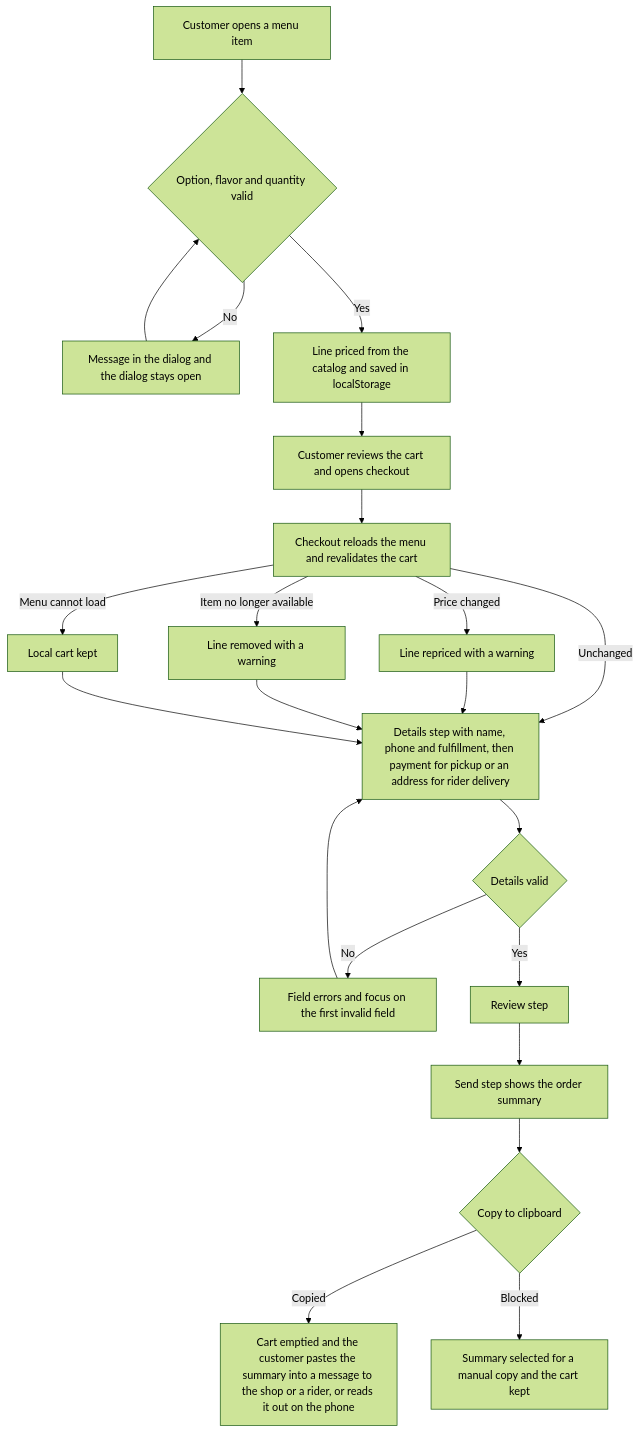
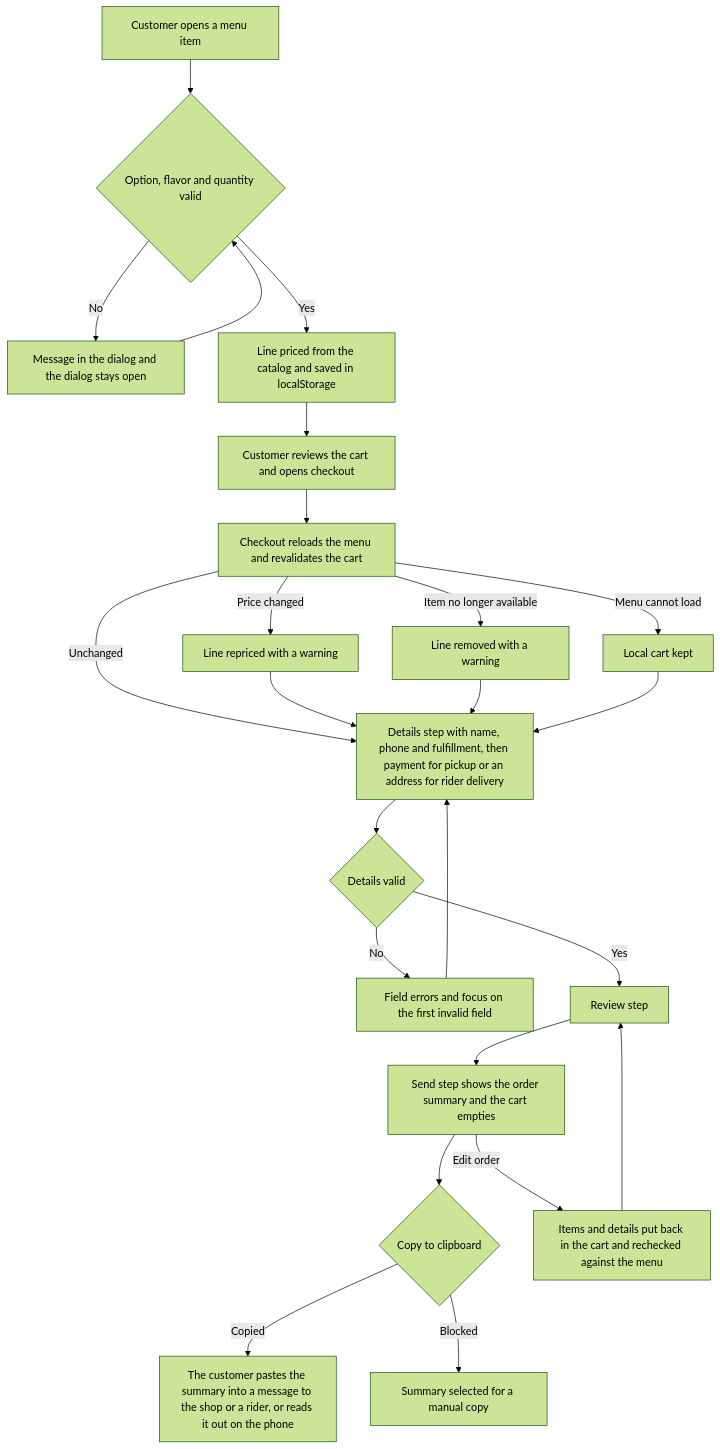
Before and after one commit to eendor/Brew-ni-Cat-Connect: the eighth of 8 diagrams in docs/execution-paths.md, drawn with Mermaid (forest theme). The commit also changed other lines of this file and 15 other files, not shown here.

First line of the commit message:
fix: empty the cart once the order summary is made (#61)

````diff
--- a/docs/execution-paths.md
+++ b/docs/execution-paths.md
@@ -364,24 +364,26 @@
 ```mermaid
 flowchart TD
     A[Customer opens a menu item] --> B{Option, flavor and quantity valid}
     B -- No --> B1[Message in the dialog and the dialog stays open]
     B1 --> B
     B -- Yes --> C[Line priced from the catalog and saved in localStorage]
     C --> D[Customer reviews the cart and opens checkout]
     D --> E[Checkout reloads the menu and revalidates the cart]
     E -->|Price changed| E1[Line repriced with a warning]
     E -->|Item no longer available| E2[Line removed with a warning]
     E -->|Menu cannot load| E3[Local cart kept]
     E -->|Unchanged| F[Details step with name, phone and fulfillment, then payment for pickup or an address for rider delivery]
     E1 --> F
     E2 --> F
     E3 --> F
     F --> G{Details valid}
     G -- No --> G1[Field errors and focus on the first invalid field]
     G1 --> F
     G -- Yes --> H[Review step]
-    H --> I[Send step shows the order summary]
+    H --> I[Send step shows the order summary and the cart empties]
     I --> J{Copy to clipboard}
-    J -- Copied --> K[Cart emptied and the customer pastes the summary into a message to the shop or a rider, or reads it out on the phone]
-    J -- Blocked --> L[Summary selected for a manual copy and the cart kept]
+    J -- Copied --> K[The customer pastes the summary into a message to the shop or a rider, or reads it out on the phone]
+    J -- Blocked --> L[Summary selected for a manual copy]
+    I -->|Edit order| M[Items and details put back in the cart and rechecked against the menu]
+    M --> H
 ```
````
